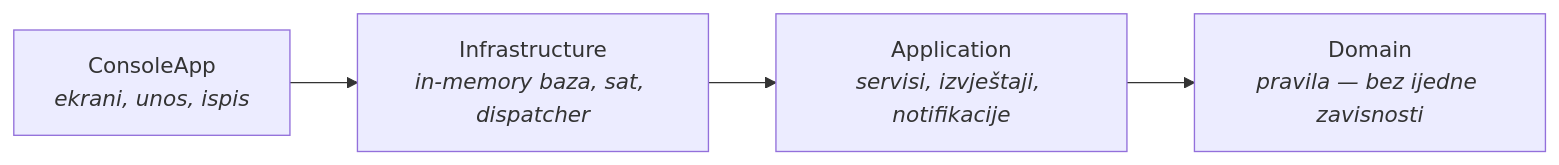
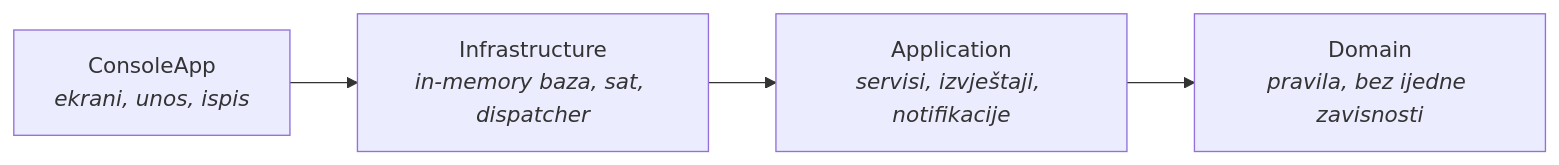
One commit to itsnejra/event_booking_system changed the first of 2 diagrams in README.md. Above: the diagram before and after it, drawn with Mermaid. The commit also changed other lines of this file and 1 other file, not shown here.

````diff
--- a/README.md
+++ b/README.md
@@ -56,7 +27,7 @@
 ```mermaid
 flowchart LR
     UI["ConsoleApp<br/><i>ekrani, unos, ispis</i>"] --> INF
     INF["Infrastructure<br/><i>in-memory baza, sat, dispatcher</i>"] --> APP
     APP["Application<br/><i>servisi, izvještaji, notifikacije</i>"] --> DOM
-    DOM["Domain<br/><i>pravila — bez ijedne zavisnosti</i>"]
+    DOM["Domain<br/><i>pravila, bez ijedne zavisnosti</i>"]
 ```
````
